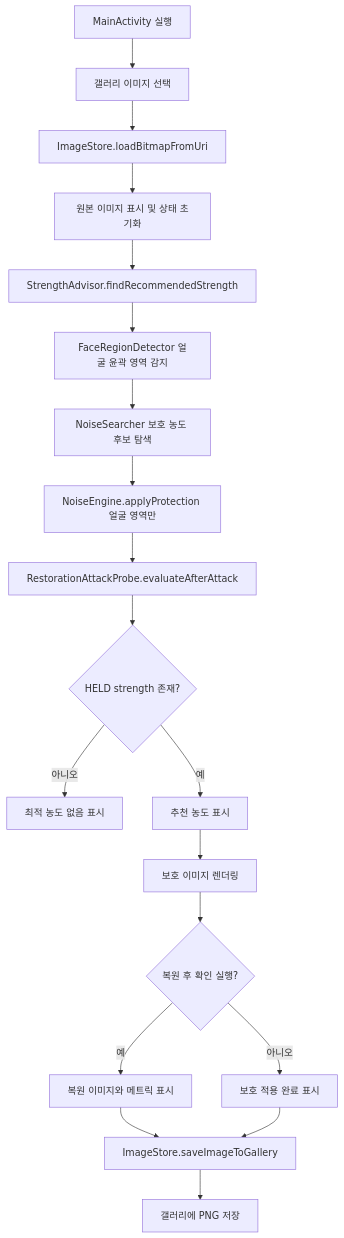
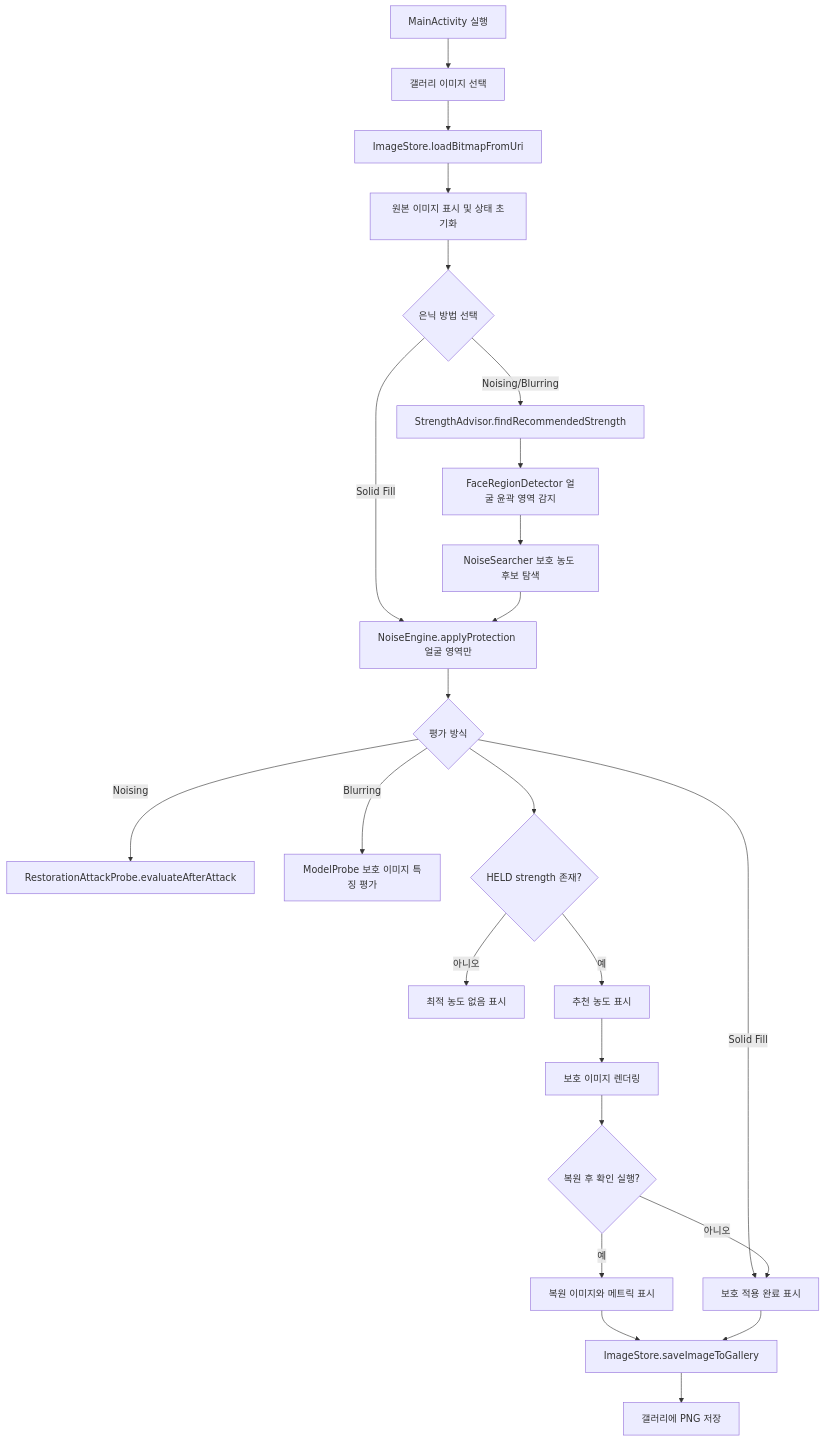
The first of 6 diagrams in ABSORB.md (js4484821266/Haan-Ghil-Muulnaat), drawn with Mermaid before and after one commit. The commit also changed other lines of this file and 29 other files, not shown here.

Commit message:
은닉법 다양화: noising, blurring, solid fill

````diff
--- a/ABSORB.md
+++ b/ABSORB.md
@@ -67,21 +67,26 @@
 ```mermaid
 flowchart TD
     A[MainActivity 실행] --> B[갤러리 이미지 선택]
     B --> C[ImageStore.loadBitmapFromUri]
     C --> D[원본 이미지 표시 및 상태 초기화]
-    D --> E[StrengthAdvisor.findRecommendedStrength]
+    D --> S{은닉 방법 선택}
+    S -- Noising/Blurring --> E[StrengthAdvisor.findRecommendedStrength]
+    S -- Solid Fill --> G[NoiseEngine.applyProtection 얼굴 영역만]
     E --> R[FaceRegionDetector 얼굴 윤곽 영역 감지]
     R --> F[NoiseSearcher 보호 농도 후보 탐색]
     F --> G[NoiseEngine.applyProtection 얼굴 영역만]
-    G --> H[RestorationAttackProbe.evaluateAfterAttack]
+    G --> H{평가 방식}
+    H -- Noising --> H1[RestorationAttackProbe.evaluateAfterAttack]
+    H -- Blurring --> H2[ModelProbe 보호 이미지 특징 평가]
+    H -- Solid Fill --> O[보호 적용 완료 표시]
     H --> I{HELD strength 존재?}
     I -- 아니오 --> J[최적 농도 없음 표시]
     I -- 예 --> K[추천 농도 표시]
     K --> L[보호 이미지 렌더링]
     L --> M{복원 후 확인 실행?}
     M -- 예 --> N[복원 이미지와 메트릭 표시]
     M -- 아니오 --> O[보호 적용 완료 표시]
     N --> P[ImageStore.saveImageToGallery]
     O --> P
     P --> Q[갤러리에 PNG 저장]
 ```
````
